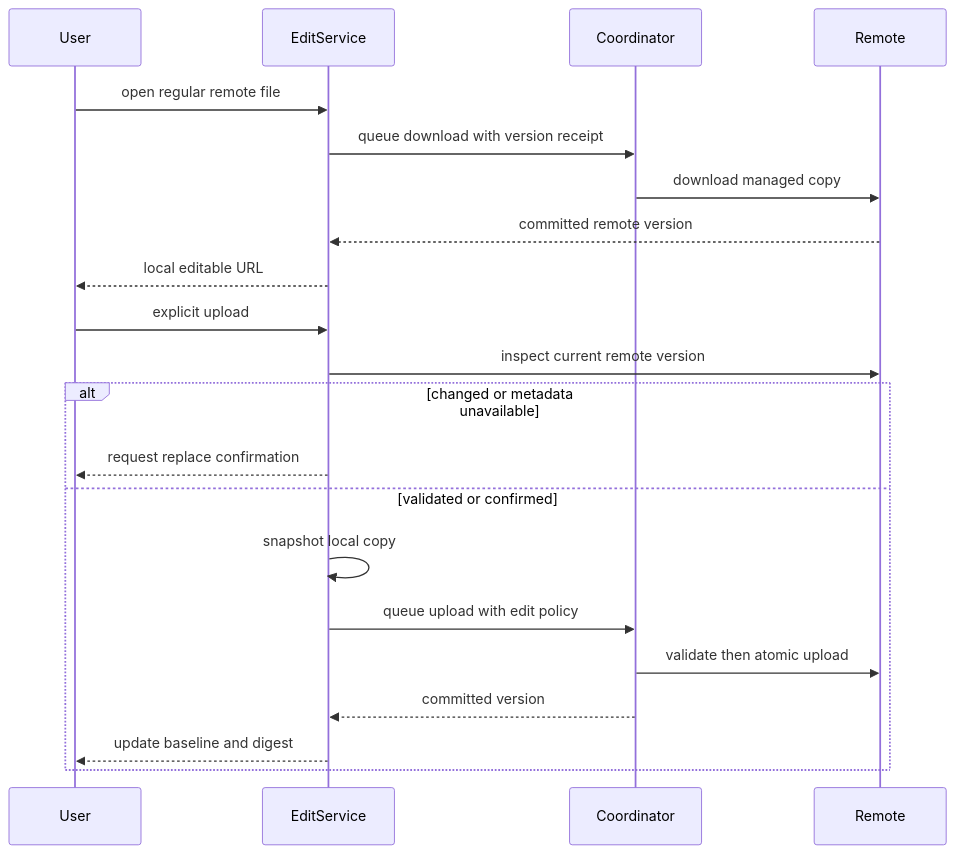
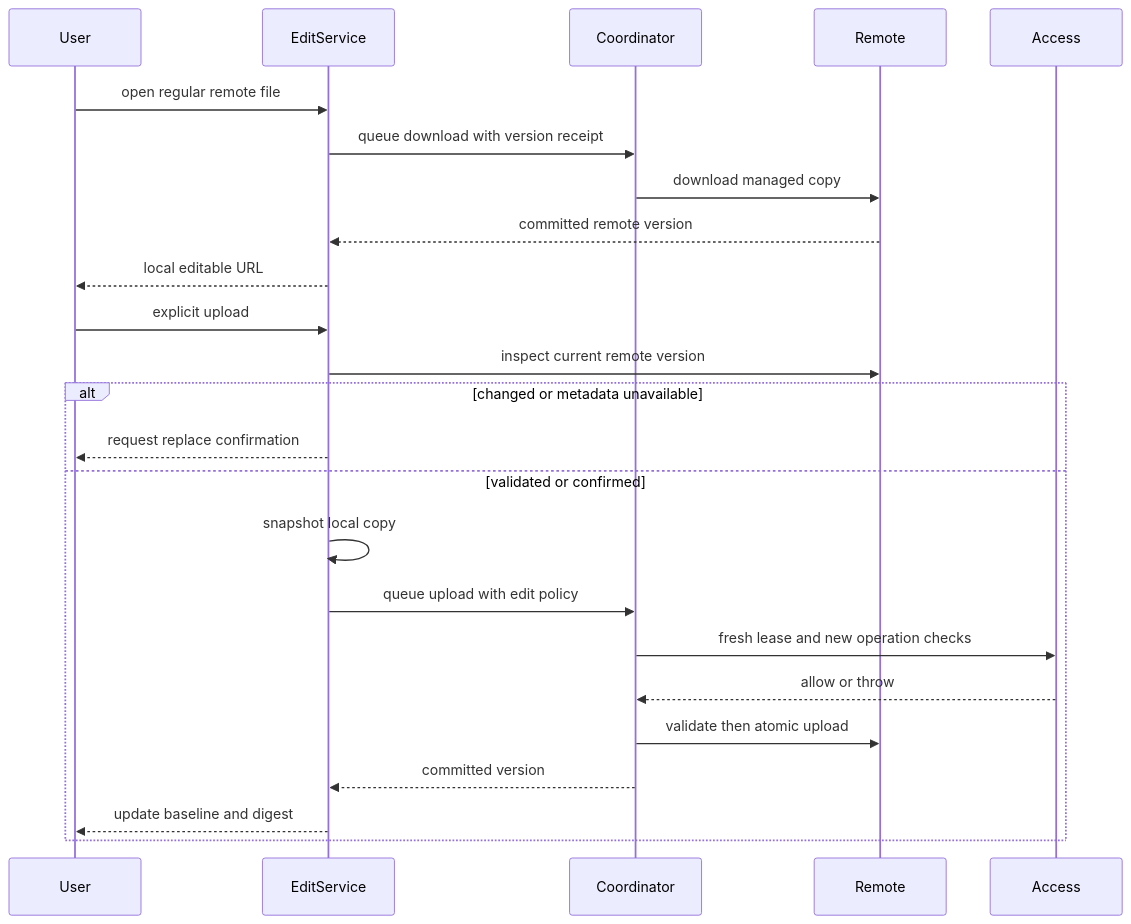
The fourth of 4 diagrams in openwiki/workflows/sftp-transfer-and-external-edit.md (AkinoKaede/Termind), drawn with Mermaid before and after one commit. The commit also changed other lines of this file and 67 other files, not shown here.

````diff
--- a/openwiki/workflows/sftp-transfer-and-external-edit.md
+++ b/openwiki/workflows/sftp-transfer-and-external-edit.md
@@ -307,23 +325,25 @@
 ```mermaid
 sequenceDiagram
     participant User
     participant EditService
     participant Coordinator
     participant Remote
     User->>EditService: open regular remote file
     EditService->>Coordinator: queue download with version receipt
     Coordinator->>Remote: download managed copy
     Remote-->>EditService: committed remote version
     EditService-->>User: local editable URL
     User->>EditService: explicit upload
     EditService->>Remote: inspect current remote version
     alt changed or metadata unavailable
         EditService-->>User: request replace confirmation
     else validated or confirmed
         EditService->>EditService: snapshot local copy
         EditService->>Coordinator: queue upload with edit policy
+        Coordinator->>Access: fresh lease and new operation checks
+        Access-->>Coordinator: allow or throw
         Coordinator->>Remote: validate then atomic upload
         Coordinator-->>EditService: committed version
         EditService-->>User: update baseline and digest
     end
 ```
````
